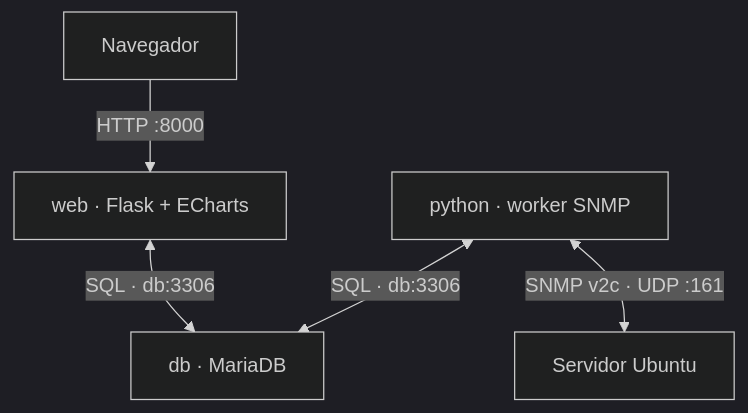
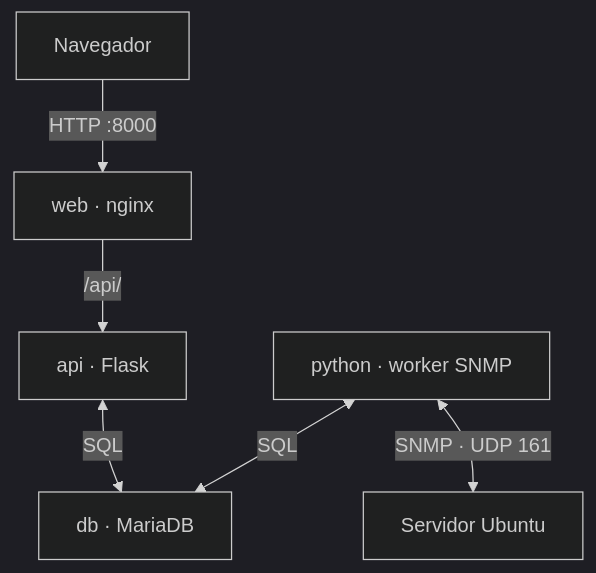
The diagram in README.md (FacuVelardeUNSAM/proyecto_docker_2026), drawn with Mermaid (dark theme) before and after one commit. The commit also changed other lines of this file and 12 other files, not shown here.

First line of the commit message:
Migrar web a nginx y separar la API en su propio servicio

````diff
--- a/README.md
+++ b/README.md
@@ -21,7 +14,8 @@
 ```mermaid
 flowchart TD
-    U["Navegador"] -->|"HTTP :8000"| W["web · Flask + ECharts"]
-    W <-->|"SQL · db:3306"| D["db · MariaDB"]
-    P["python · worker SNMP"] <-->|"SQL · db:3306"| D
-    P <-->|"SNMP v2c · UDP :161"| S["Servidor Ubuntu"]
+    U["Navegador"] -->|"HTTP :8000"| W["web · nginx"]
+    W -->|"/api/"| A["api · Flask"]
+    A <-->|"SQL"| D["db · MariaDB"]
+    P["python · worker SNMP"] <-->|"SQL"| D
+    P <-->|"SNMP · UDP 161"| S["Servidor Ubuntu"]
 ```
````
